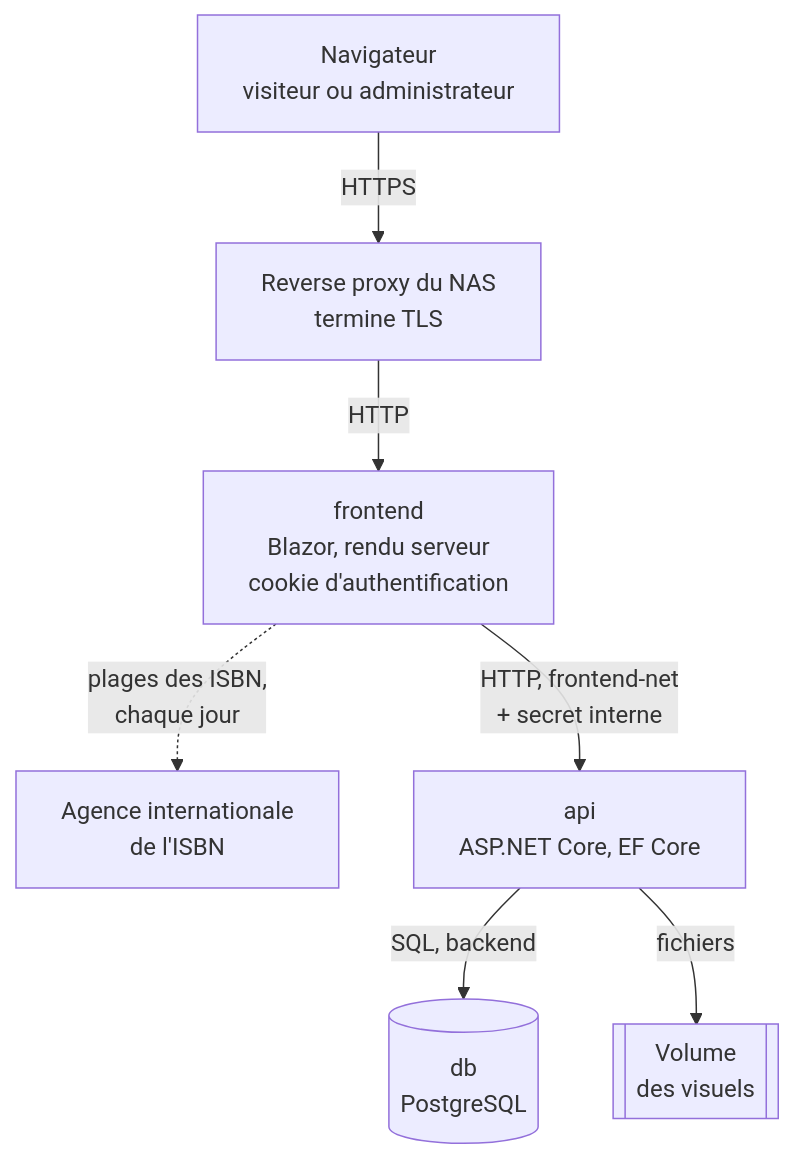
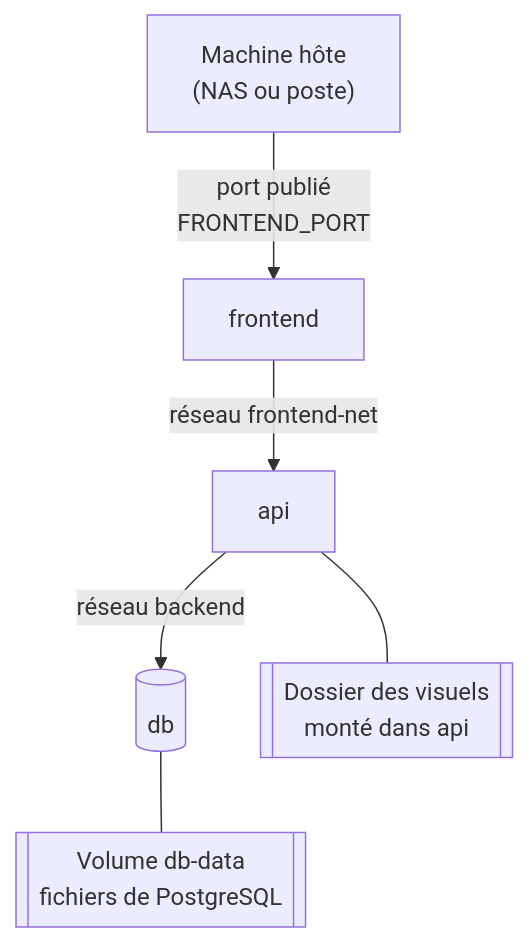
One commit to Tetram76/bdtheque-claude changed the first of 2 diagrams in docs/tech/architecture/vue-d-ensemble.md. Above: the diagram before and after it, drawn with Mermaid. The commit also changed other lines of this file and 41 other files, not shown here.

````diff
--- a/docs/tech/architecture/vue-d-ensemble.md
+++ b/docs/tech/architecture/vue-d-ensemble.md
@@ -18,17 +20,15 @@
 ```mermaid
 flowchart TB
-    browser["Navigateur<br/>visiteur ou administrateur"]
-    proxy["Reverse proxy du NAS<br/>termine TLS"]
-    frontend["frontend<br/>Blazor, rendu serveur<br/>cookie d'authentification"]
-    isbn["Agence internationale<br/>de l'ISBN"]
-    api["api<br/>ASP.NET Core, EF Core"]
-    db[("db<br/>PostgreSQL")]
-    visuals[["Volume<br/>des visuels"]]
+    host["Machine hôte<br/>(NAS ou poste)"]
+    frontend["frontend"]
+    api["api"]
+    db[("db")]
+    dbdata[["Volume db-data<br/>fichiers de PostgreSQL"]]
+    visuals[["Dossier des visuels<br/>monté dans api"]]
 
-    browser -- "HTTPS" --> proxy
-    proxy -- "HTTP" --> frontend
-    frontend -. "plages des ISBN,<br/>chaque jour" .-> isbn
-    frontend -- "HTTP, frontend-net<br/>+ secret interne" --> api
-    api -- "SQL, backend" --> db
-    api -- "fichiers" --> visuals
+    host -- "port publié<br/>FRONTEND_PORT" --> frontend
+    frontend -- "réseau frontend-net" --> api
+    api -- "réseau backend" --> db
+    db --- dbdata
+    api --- visuals
 ```
````
